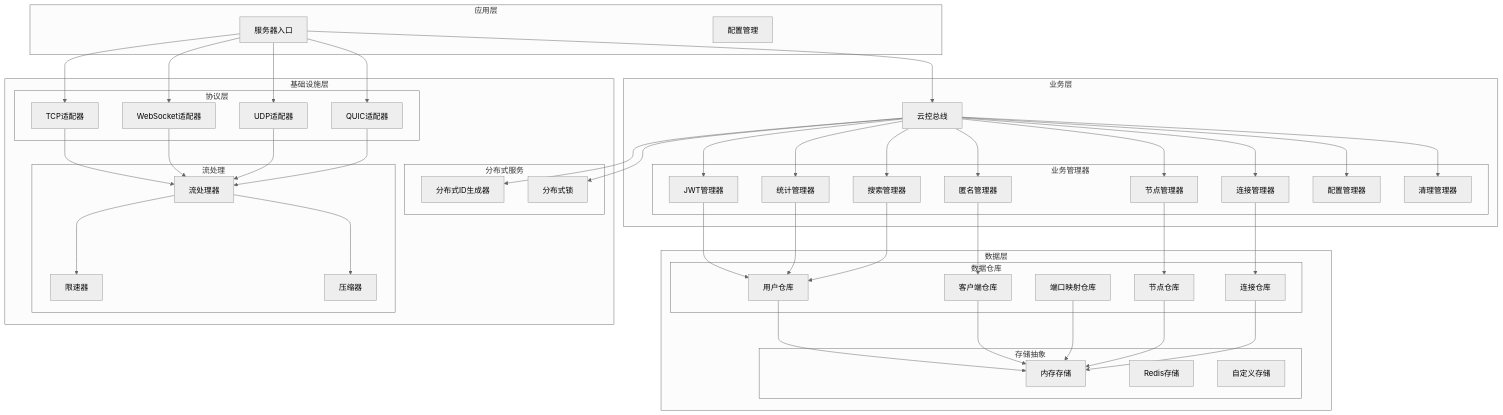
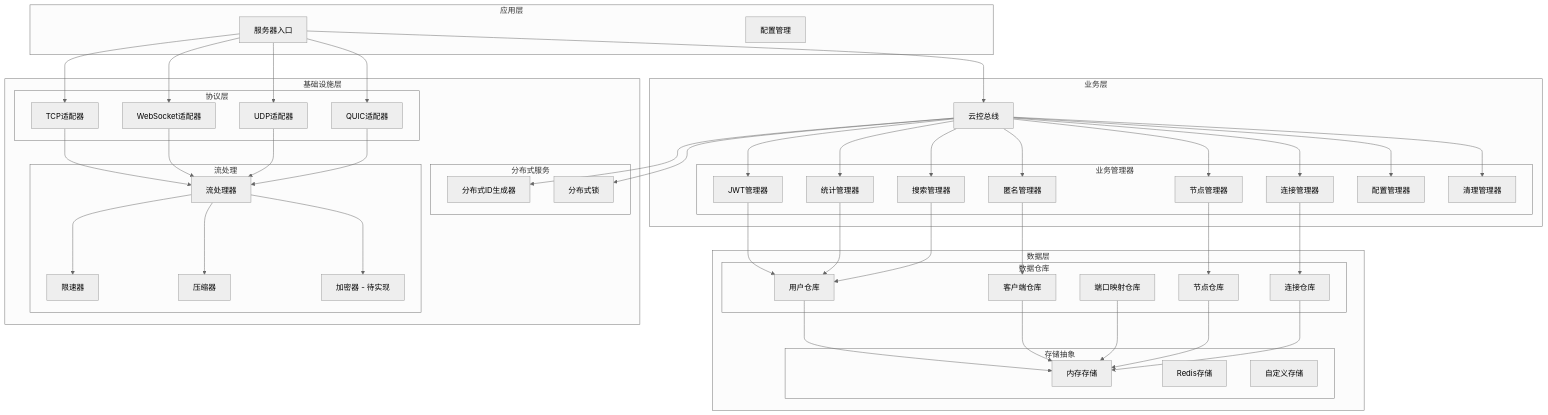
One commit to tunnox-net/tunnox-core changed the diagram in README.md. Above: the diagram before and after it, drawn with Mermaid (neutral theme). The commit also changed other lines of this file, not shown here.

First line of the commit message:
docs: update README to include encryption features and options

````diff
--- a/README.md
+++ b/README.md
@@ -95,6 +95,7 @@
             StreamProcessor[流处理器]
             RateLimiter[限速器]
             Compression[压缩器]
+            Encryption[加密器 - 待实现]
         end
     end
     
@@ -136,4 +137,5 @@
     
     StreamProcessor --> RateLimiter
     StreamProcessor --> Compression
+    StreamProcessor --> Encryption
 ```
````
